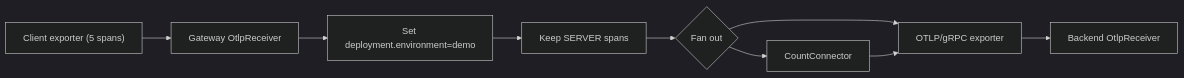
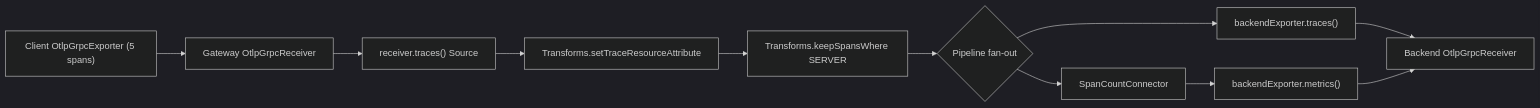
The diagram in otlp4j-samples/README.md (thiagogcm/otlp4j), drawn with Mermaid (dark theme) before and after one commit. The commit also changed other lines of this file and 4 other files, not shown here.

Commit message:
docs: update SDK architecture standard

````diff
--- a/otlp4j-samples/README.md
+++ b/otlp4j-samples/README.md
@@ -11,11 +9,13 @@
 ```mermaid
 flowchart LR
-    client["Client exporter (5 spans)"] --> gateway["Gateway OtlpReceiver"]
-    gateway --> enrich["Set deployment.environment=demo"]
-    enrich --> filter["Keep SERVER spans"]
-    filter --> fanout{"Fan out"}
-    fanout --> exporter["OTLP/gRPC exporter"]
-    exporter --> backend["Backend OtlpReceiver"]
-    fanout --> count["CountConnector"]
-    count --> exporter
+    client["Client OtlpGrpcExporter (5 spans)"] --> gateway["Gateway OtlpGrpcReceiver"]
+    gateway --> source["receiver.traces() Source"]
+    source --> enrich["Transforms.setTraceResourceAttribute"]
+    enrich --> filter["Transforms.keepSpansWhere SERVER"]
+    filter --> fanout{"Pipeline fan-out"}
+    fanout --> exporter["backendExporter.traces()"]
+    exporter --> backend["Backend OtlpGrpcReceiver"]
+    fanout --> count["SpanCountConnector"]
+    count --> metrics["backendExporter.metrics()"]
+    metrics --> backend
 ```
````
